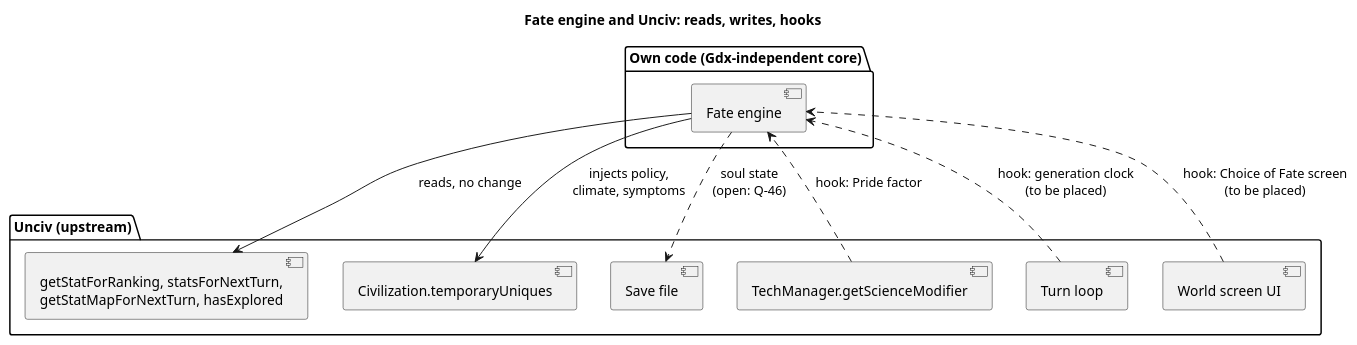
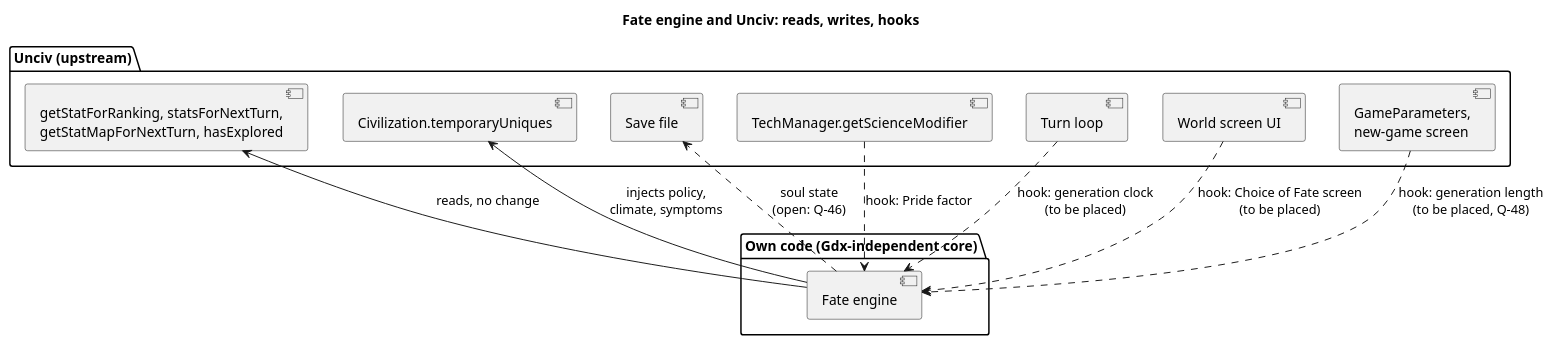
One commit to zzt108/Syntropy changed the diagram in .doc/26-11-17 Game design brainstorming/diagrams/13-unciv-integration.puml. Above: the diagram before and after it, drawn with PlantUML. The commit also changed 4 other files, not shown here.

First line of the commit message:
Make generation length a setup option; explain the pressure reset

```diff
--- a/.doc/26-11-17 Game design brainstorming/diagrams/13-unciv-integration.puml
+++ b/.doc/26-11-17 Game design brainstorming/diagrams/13-unciv-integration.puml
@@ -1,24 +1,27 @@
 @startuml
 ' What: how the Fate engine (own code) touches Unciv (D-41, D-43).
 ' Shows: read-only sources, the one write path (temporaryUniques), the known hook (Pride)
-'        and the hooks still to be placed (generation clock, Choice of Fate screen, saving the soul state).
-' Source: brainstorming-base.md, D-43, D-44, D-49, D-50, §4 Engine notes. Open: Q-46 (soul state in the save).
+'        and the hooks still to be placed (generation clock, generation length at game setup,
+'        Choice of Fate screen, saving the soul state).
+' Source: brainstorming-base.md, D-43, D-44, D-49, D-50, D-52, §4 Engine notes. Open: Q-46 (soul state in the save), Q-48 (where the length lives).
 title Fate engine and Unciv: reads, writes, hooks
 package "Own code (Gdx-independent core)" {
   component "Fate engine" as FE
 }
 package "Unciv (upstream)" {
   component "getStatForRanking, statsForNextTurn,\ngetStatMapForNextTurn, hasExplored" as READ
   component "Civilization.temporaryUniques" as TU
   component "TechManager.getScienceModifier" as TM
   component "Turn loop" as TL
   component "World screen UI" as UI
   component "Save file" as SV
+  component "GameParameters,\nnew-game screen" as GP
 }
 FE --> READ : reads, no change
 FE --> TU : injects policy,\nclimate, symptoms
 TM ..> FE : hook: Pride factor
 TL ..> FE : hook: generation clock\n(to be placed)
 UI ..> FE : hook: Choice of Fate screen\n(to be placed)
 FE ..> SV : soul state\n(open: Q-46)
+GP ..> FE : hook: generation length\n(to be placed, Q-48)
 @enduml
```
